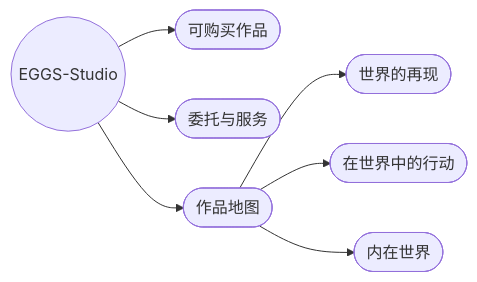
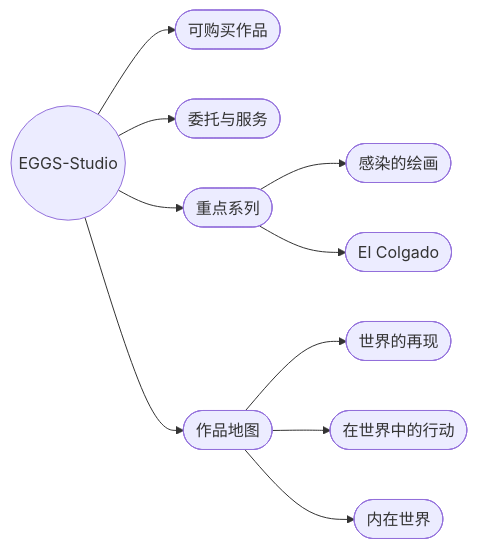
One commit to EGGS-Artesvisuales/EGGS-Artesvisuales.github.io changed the diagram in CHN/index.md. Above: the diagram before and after it, drawn with Mermaid. The commit also changed other lines of this file, not shown here.

```diff
--- a/CHN/index.md
+++ b/CHN/index.md
@@ -64,21 +80,27 @@
 <div class="mermaid">
 flowchart LR
   principal(("EGGS-Studio"))
   tienda(["可购买作品"])
   servicios(["委托与服务"])
+  series(["重点系列"])
   mapa(["作品地图"])
 
   principal --> tienda
   principal --> servicios
+  principal --> series
   principal --> mapa
 
+  series --> pinturas(["感染的绘画"])
+  series --> colgado(["El Colgado"])
   mapa --> representacion(["世界的再现"])
   mapa --> accion(["在世界中的行动"])
   mapa --> interior(["内在世界"])
 
   click tienda "/CHN/tienda.html#impresiones-y-fotografia" "前往可购买作品"
   click servicios "/CHN/servicios.html" "前往服务"
+  click pinturas "/CHN/serie-pinturas-infectadas.html" "查看感染的绘画"
+  click colgado "/CHN/serie-el-colgado.html" "查看 El Colgado"
   click representacion "/CHN/mundo-exterior.html" "前往世界的再现"
   click accion "/CHN/accion.html" "前往在世界中的行动"
   click interior "/CHN/interior.html" "前往内在世界"
 </div>
```
